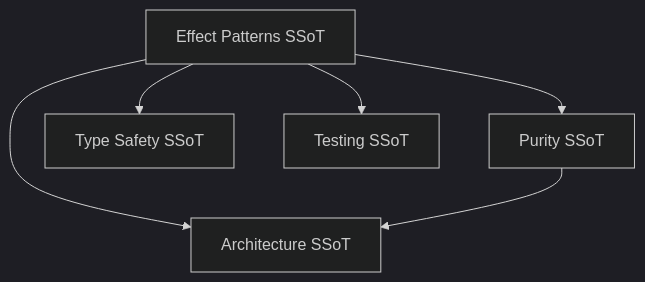
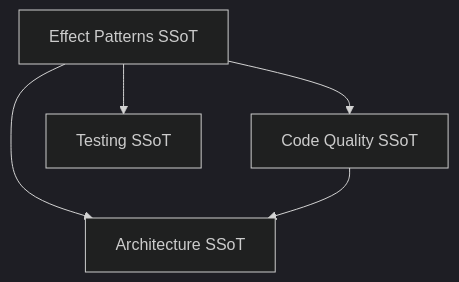
Before and after one commit to Tuee22/effectful: the diagram in documents/engineering/effect_patterns.md, drawn with Mermaid (dark theme). The commit also changed other lines of this file and 87 other files, not shown here.

````diff
--- a/documents/engineering/effect_patterns.md
+++ b/documents/engineering/effect_patterns.md
@@ -7,14 +7,12 @@
 ```mermaid
 flowchart TB
   Effects[Effect Patterns SSoT]
-  Purity[Purity SSoT]
-  TypeSafety[Type Safety SSoT]
+  CodeQuality[Code Quality SSoT]
   Testing[Testing SSoT]
   Architecture[Architecture SSoT]
 
-  Effects --> Purity
-  Effects --> TypeSafety
+  Effects --> CodeQuality
   Effects --> Testing
   Effects --> Architecture
-  Purity --> Architecture
+  CodeQuality --> Architecture
 ```
````
